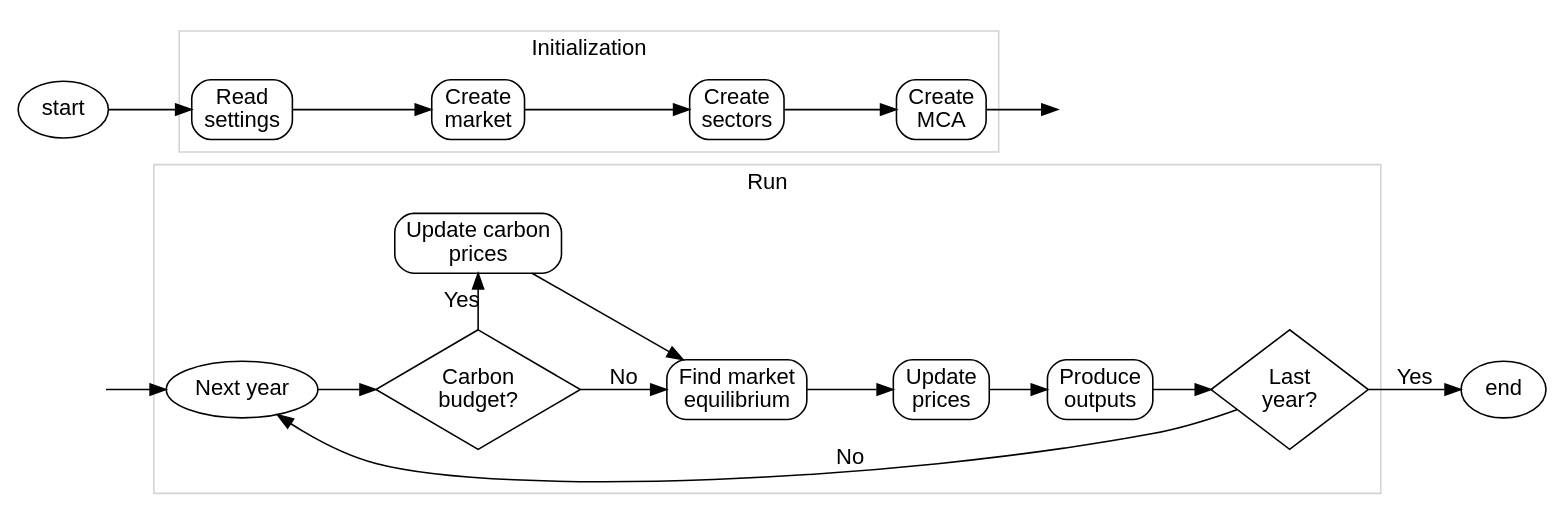
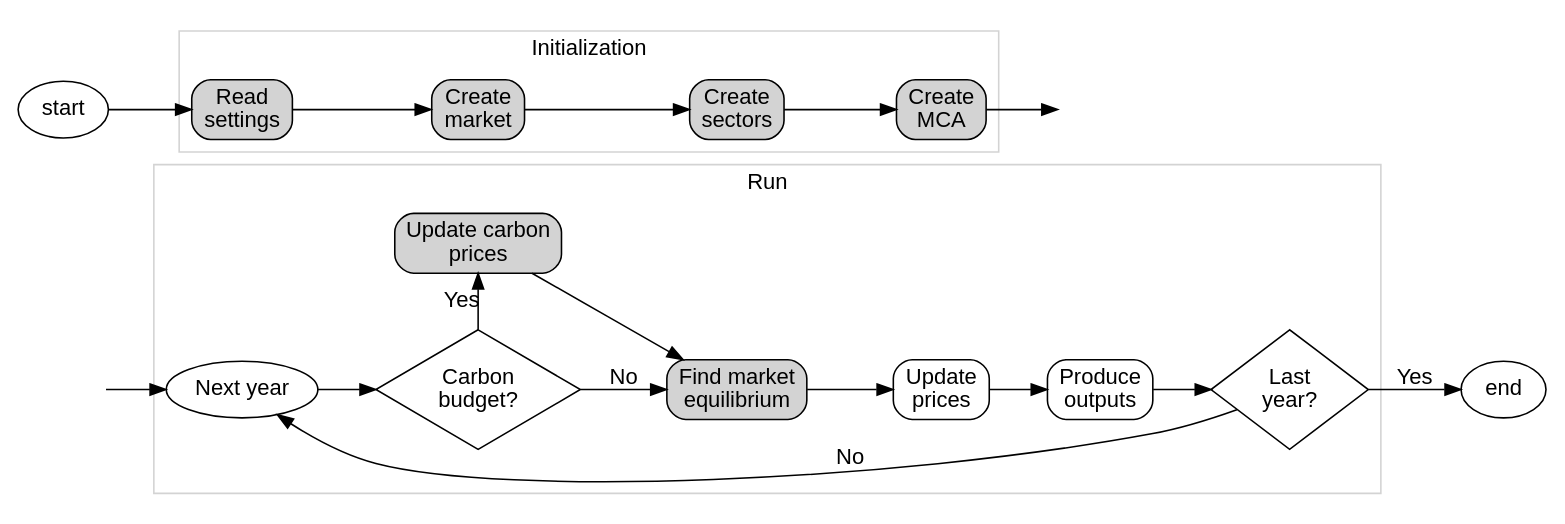
One commit to EnergySystemsModellingLab/MUSE_OS changed the first of 10 diagrams in docs/application-flow.rst. Above: the diagram before and after it, drawn with Graphviz. The commit also changed other lines of this file, not shown here.

```diff
--- a/docs/application-flow.rst
+++ b/docs/application-flow.rst
@@ -11,51 +15,51 @@
 .. graphviz::
     :align: center
     :alt: High level sequence of steps in a MUSE simulation
 
     digraph top_level {
             fontname="Helvetica,Arial,sans-serif"
             node [fontname="Helvetica,Arial,sans-serif", shape=box, style=rounded]
             edge [fontname="Helvetica,Arial,sans-serif"]
             rankdir=LR
             clusterrank=local
             newrank=true
 
             {node [shape=""]; start; end;}
-            settings [label="Read\nsettings"]
-            market [label="Create\nmarket"]
-            sectors [label="Create\nsectors"]
-            mca [label="Create\nMCA"]
+            settings [label="Read\nsettings", fillcolor="lightgrey", style="rounded,filled"]
+            market [label="Create\nmarket", fillcolor="lightgrey", style="rounded,filled"]
+            sectors [label="Create\nsectors", fillcolor="lightgrey", style="rounded,filled"]
+            mca [label="Create\nMCA", fillcolor="lightgrey", style="rounded,filled"]
             run [label="Last\nyear?", shape=diamond, style=""]
-            equilibrium [label="Find market\nequilibrium"]
+            equilibrium [label="Find market\nequilibrium", fillcolor="lightgrey", style="rounded,filled"]
             propagate [label="Update\nprices"]
             outputs [label="Produce\noutputs"]
             check_c [label="Carbon\nbudget?", shape=diamond, style=""]
-            c_prices [label="Update carbon\nprices"]
+            c_prices [label="Update carbon\nprices", fillcolor="lightgrey", style="rounded,filled"]
             next_year [label="Next year", shape=""]
             {node [style="invis"]; int1; int2;}
 
 
             subgraph cluster_1 {
                 settings -> market -> sectors -> mca
                 label="Initialization"
                 color=lightgrey
             }
 
             subgraph cluster_2 {
                 next_year -> check_c
                 check_c -> equilibrium [label="No"]
                 check_c -> c_prices [label="Yes", constraint=false]
                 c_prices -> equilibrium [constraint=false]
                 equilibrium -> propagate -> outputs -> run
                 run -> next_year [label="No", constraint=false]
                 label="Run"
                 color=lightgrey
                 {rank=same; check_c; c_prices}
             }
 
             start -> settings
             mca -> int1
             int2 -> next_year
             run -> end [label="Yes"]
             start -> int2 [style="invis", constraint=false]
         }
```
